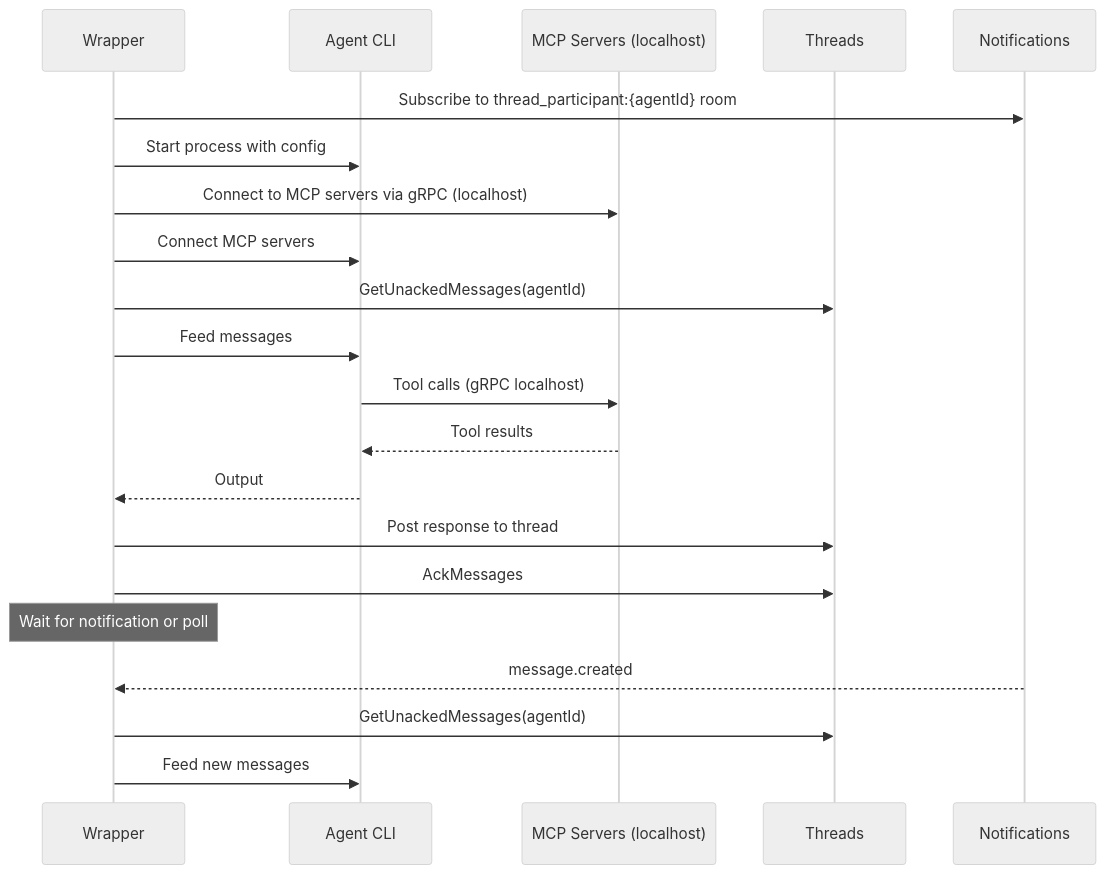
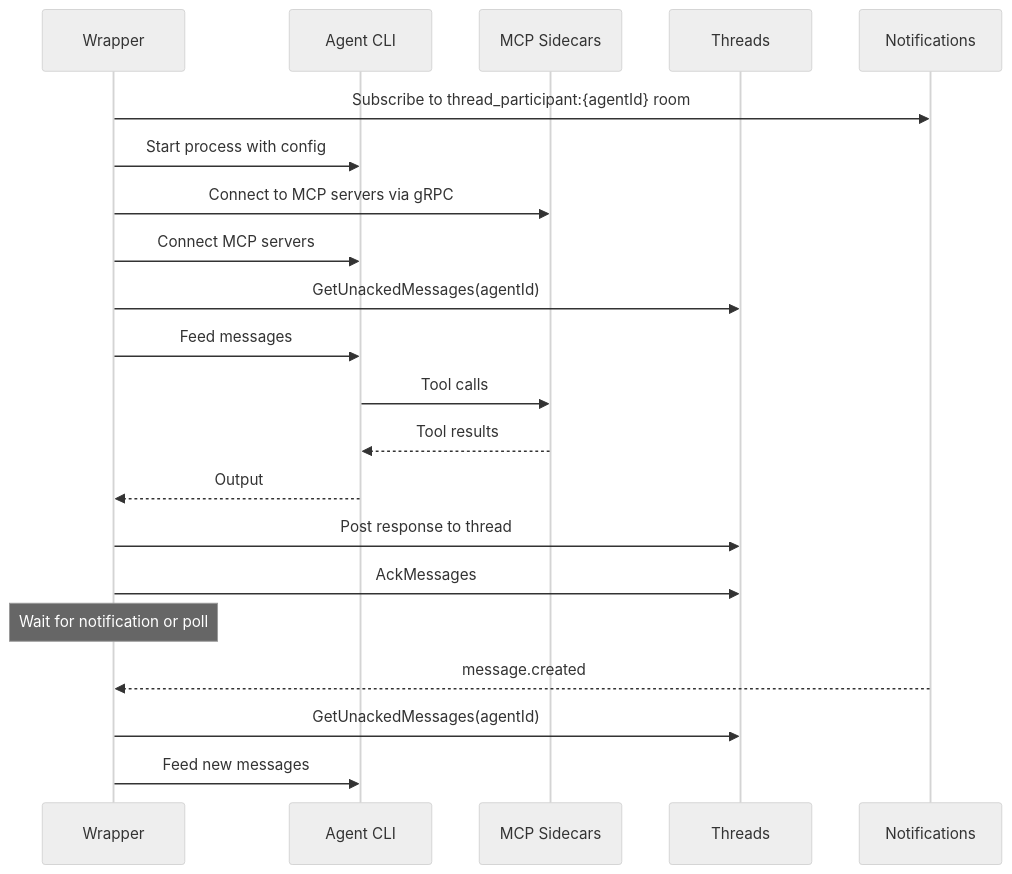
The third of 4 diagrams in architecture/agent/overview.md (agynio/architecture), drawn with Mermaid (neutral theme) before and after one commit. The commit also changed other lines of this file and 4 other files, not shown here.

````diff
--- a/architecture/agent/overview.md
+++ b/architecture/agent/overview.md
@@ -114,24 +113,24 @@
 ```mermaid
 sequenceDiagram
     participant W as Wrapper
     participant CLI as Agent CLI
-    participant MCP as MCP Servers (localhost)
+    participant MCP as MCP Sidecars
     participant T as Threads
     participant N as Notifications
 
     W->>N: Subscribe to thread_participant:{agentId} room
     W->>CLI: Start process with config
-    W->>MCP: Connect to MCP servers via gRPC (localhost)
+    W->>MCP: Connect to MCP servers via gRPC
     W->>CLI: Connect MCP servers
     W->>T: GetUnackedMessages(agentId)
     W->>CLI: Feed messages
-    CLI->>MCP: Tool calls (gRPC localhost)
+    CLI->>MCP: Tool calls
     MCP-->>CLI: Tool results
     CLI-->>W: Output
     W->>T: Post response to thread
     W->>T: AckMessages
     Note over W: Wait for notification or poll
     N-->>W: message.created
     W->>T: GetUnackedMessages(agentId)
     W->>CLI: Feed new messages
 ```
````
